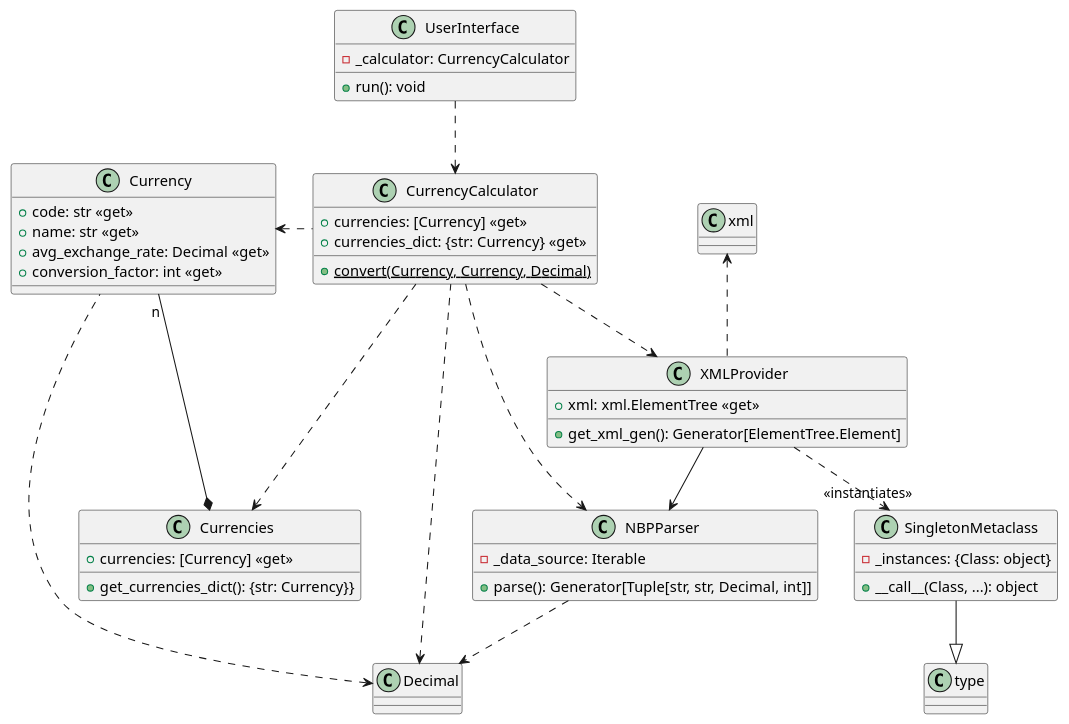
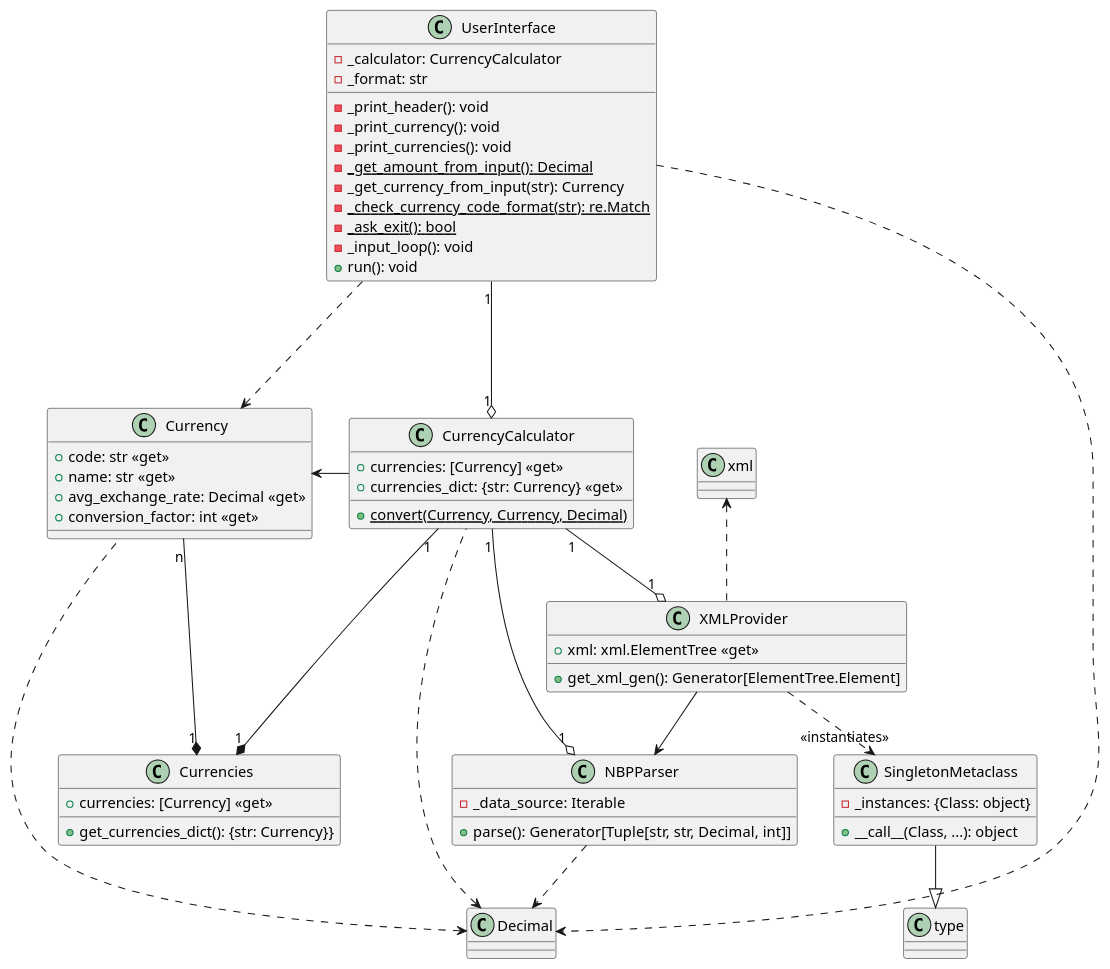
One commit to idfortytwo/to changed the diagram in lab1/diagram.puml. Above: the diagram before and after it, drawn with PlantUML.

Commit message:
changed some dependencies to composition and aggregation

```diff
--- a/lab1/diagram.puml
+++ b/lab1/diagram.puml
@@ -1,59 +1,70 @@
 @startuml
 
 class Decimal
 Decimal <-[dashed]- CurrencyCalculator
 Decimal <-[dashed]- Currency
 Decimal <-u[dashed]- NBPParser
+Decimal <-l[dashed]- UserInterface
 
 class xml
 xml <-d[dashed]- XMLProvider
 
 class Currency {
     + code: str <<get>>
     + name: str <<get>>
     + avg_exchange_rate: Decimal <<get>>
     + conversion_factor: int <<get>>
 }
 
 class Currencies {
     + currencies: [Currency] <<get>>
     + get_currencies_dict(): {str: Currency}}
 }
-Currencies *-- "n" Currency
+Currencies "1" *-- "n" Currency
 
 
 class SingletonMetaclass {
     - _instances: {Class: object}
     + __call__(Class, ...): object
 }
 SingletonMetaclass -d-|> type
 
 class NBPParser {
     - _data_source: Iterable
     + parse(): Generator[Tuple[str, str, Decimal, int]]
 }
 
 class XMLProvider {
     + xml: xml.ElementTree <<get>>
     + get_xml_gen(): Generator[ElementTree.Element]
 }
 XMLProvider -[dashed]-> "<<instantiates>>" SingletonMetaclass
 XMLProvider --> NBPParser
 
 class CurrencyCalculator {
     + currencies: [Currency] <<get>>
     + currencies_dict: {str: Currency} <<get>>
     + {static} convert(Currency, Currency, Decimal)
 }
-CurrencyCalculator -[dashed]-> XMLProvider
-CurrencyCalculator -[dashed]--> NBPParser
-CurrencyCalculator -[dashed]--> Currencies
-CurrencyCalculator -l[dashed]-> Currency
+CurrencyCalculator "1" --o "1" XMLProvider
+CurrencyCalculator "1" --o "1" NBPParser
+CurrencyCalculator "1" ---* "1" Currencies
+CurrencyCalculator -l-> Currency
 
 class UserInterface {
     - _calculator: CurrencyCalculator
+    - _format: str
+    - _print_header(): void
+    - _print_currency(): void
+    - _print_currencies(): void
+    - {static} _get_amount_from_input(): Decimal
+    - _get_currency_from_input(str): Currency
+    - {static} _check_currency_code_format(str): re.Match
+    - {static} _ask_exit(): bool
+    - _input_loop(): void
     + run(): void
 }
-UserInterface -[dashed]-> CurrencyCalculator
+UserInterface "1" --o "1" CurrencyCalculator
+UserInterface -[dashed]--> Currency
 
 @enduml
```
